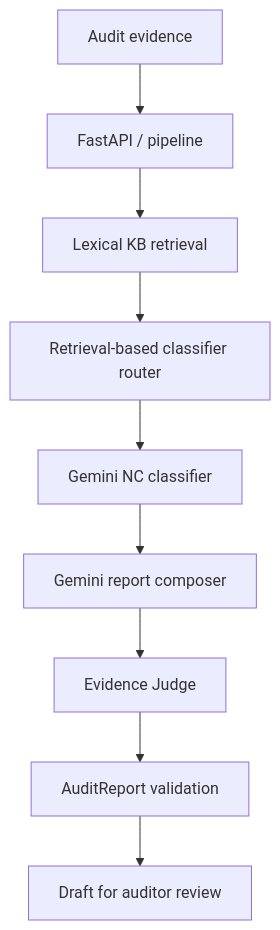
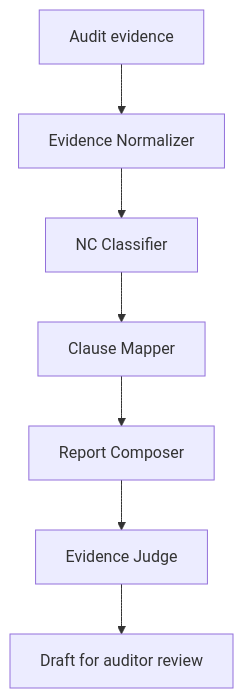
Before and after one commit to Folkkkks/ISOAuditReportGenerator: the diagram in README.md, drawn with Mermaid. The commit also changed other lines of this file and 94 other files, not shown here.

````diff
--- a/README.md
+++ b/README.md
@@ -58,11 +118,9 @@
 ```mermaid
 flowchart TD
-    A[Audit evidence] --> B[FastAPI / pipeline]
-    B --> C[Lexical KB retrieval]
-    C --> D[Retrieval-based classifier router]
-    D --> E[Gemini NC classifier]
-    E --> F[Gemini report composer]
-    F --> G[Evidence Judge]
-    G --> H[AuditReport validation]
-    H --> I[Draft for auditor review]
+    A[Audit evidence] --> B[Evidence Normalizer]
+    B --> C[NC Classifier]
+    C --> D[Clause Mapper]
+    D --> E[Report Composer]
+    E --> F[Evidence Judge]
+    F --> G[Draft for auditor review]
 ```
````
